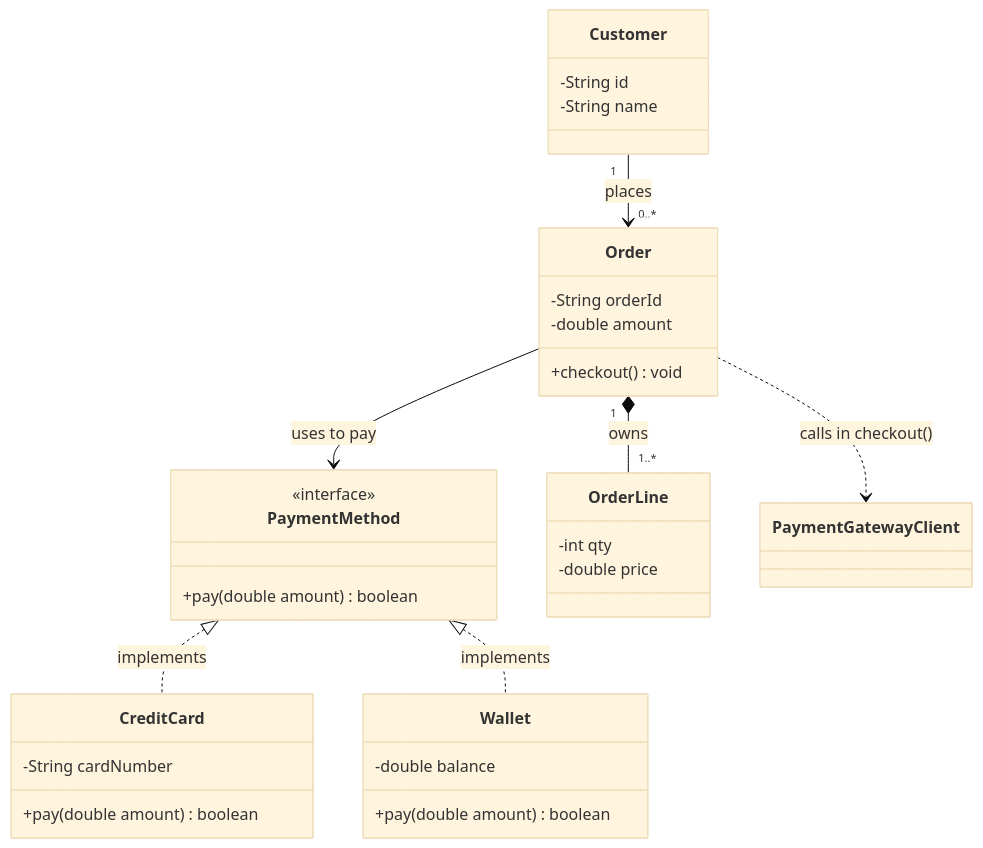
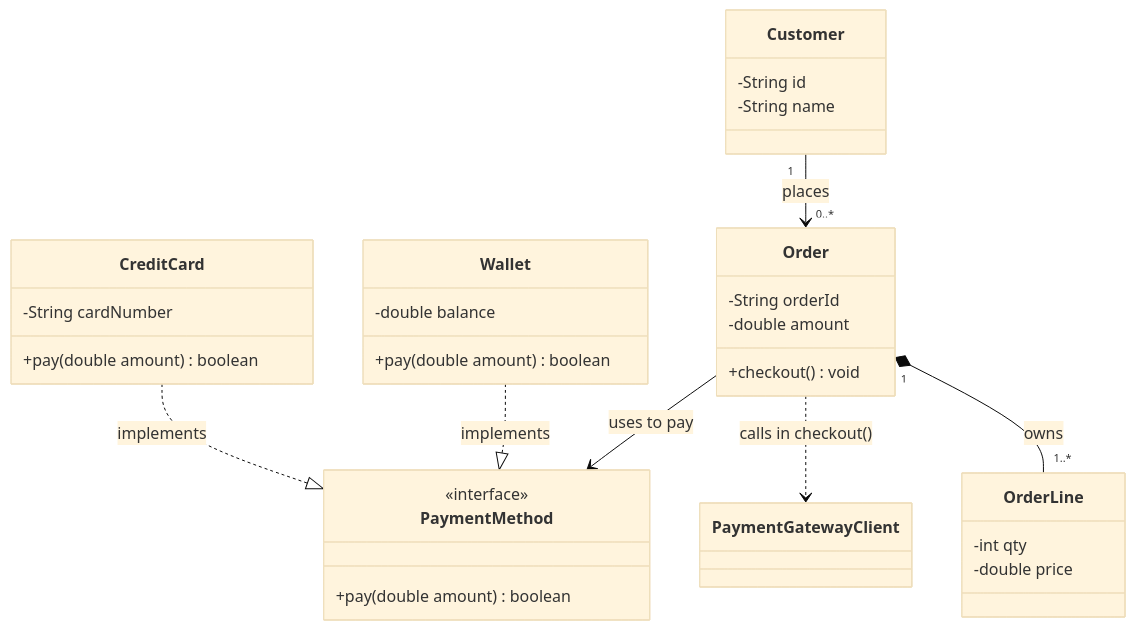
One commit to someshsangwan/SDE-Vault changed diagram 11 of 12 in 04_System-Design/LLD/03_UML&ClassDiagrams.md. Above: the diagram before and after it, drawn with Mermaid (base theme). The commit also changed other lines of this file, not shown here.

````diff
--- a/04_System-Design/LLD/03_UML&ClassDiagrams.md
+++ b/04_System-Design/LLD/03_UML&ClassDiagrams.md
@@ -247,40 +247,40 @@
 ```mermaid
 classDiagram
     direction TB
 
     class PaymentMethod {
         <<interface>>
         +pay(double amount) boolean
     }
     class CreditCard {
         -String cardNumber
         +pay(double amount) boolean
     }
     class Wallet {
         -double balance
         +pay(double amount) boolean
     }
 
     class Customer {
         -String id
         -String name
     }
     class Order {
         -String orderId
         -double amount
         +checkout() void
     }
     class OrderLine {
         -int qty
         -double price
     }
     class PaymentGatewayClient
 
-    PaymentMethod <|.. CreditCard : implements
-    PaymentMethod <|.. Wallet : implements
+    CreditCard ..|> PaymentMethod : implements
+    Wallet ..|> PaymentMethod : implements
 
     Customer "1" --> "0..*" Order : places
     Order "1" *-- "1..*" OrderLine : owns
     Order --> PaymentMethod : uses to pay
     Order ..> PaymentGatewayClient : calls in checkout()
 ```
````
